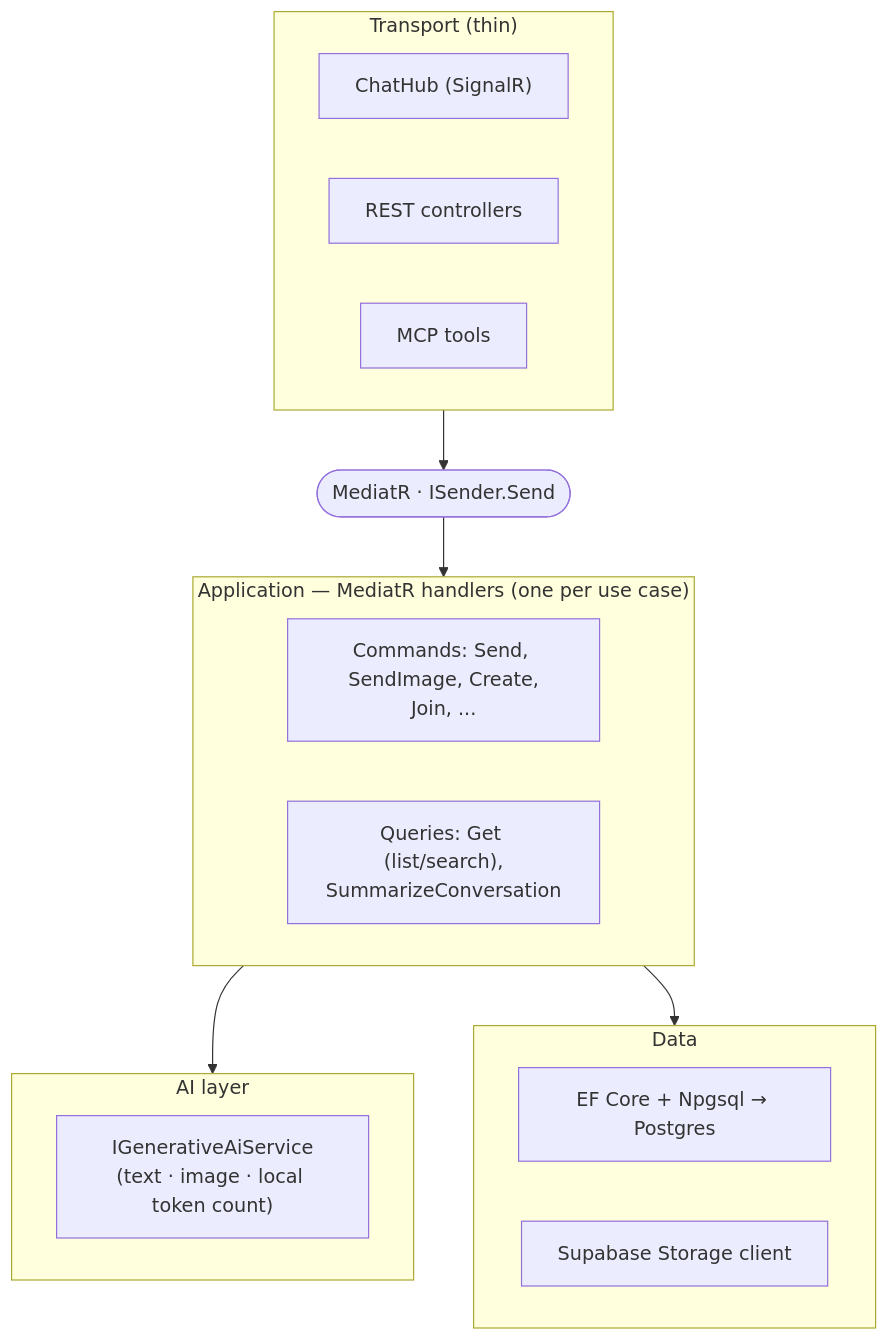
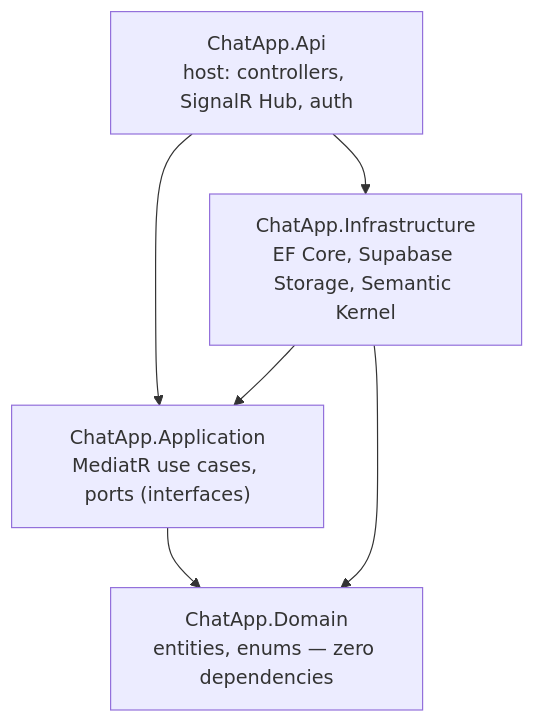
The second of 5 diagrams in docs/backend-system-design-and-architecture.md (phanxuanquang/jetomax-assignment), drawn with Mermaid before and after one commit. The commit also changed other lines of this file and 5 other files, not shown here.

````diff
--- a/docs/backend-system-design-and-architecture.md
+++ b/docs/backend-system-design-and-architecture.md
@@ -107,23 +97,13 @@
 ```mermaid
-flowchart TB
-    subgraph T["Transport (thin)"]
-        Hub["ChatHub (SignalR)"]
-        Rest["REST controllers"]
-        Mcp["MCP tools"]
-    end
-    Med(["MediatR · ISender.Send"])
-    subgraph A["Application — MediatR handlers (one per use case)"]
-        Cmd["Commands: Send, SendImage, Create,<br/>Join, ..."]
-        Qry["Queries: Get (list/search),<br/>SummarizeConversation"]
-    end
-    subgraph AI["AI layer"]
-        Gen["IGenerativeAiService<br/>(text · image · local token count)"]
-    end
-    subgraph D["Data"]
-        Ef["EF Core + Npgsql → Postgres"]
-        Sto["Supabase Storage client"]
-    end
-    T --> Med --> A
-    A --> AI
-    A --> D
+flowchart TD
+    Domain["ChatApp.Domain<br/>entities, enums — zero dependencies"]
+    App["ChatApp.Application<br/>MediatR use cases, ports (interfaces)"]
+    Infra["ChatApp.Infrastructure<br/>EF Core, Supabase Storage, Semantic Kernel"]
+    Api["ChatApp.Api<br/>host: controllers, SignalR Hub, auth"]
+
+    App --> Domain
+    Infra --> App
+    Infra --> Domain
+    Api --> App
+    Api --> Infra
 ```
````
